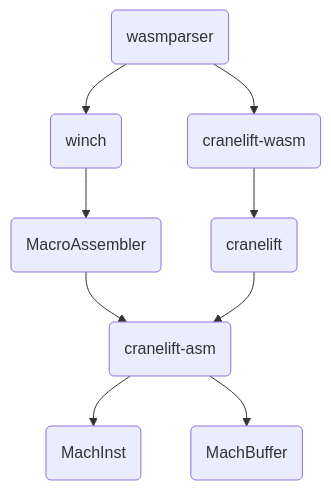
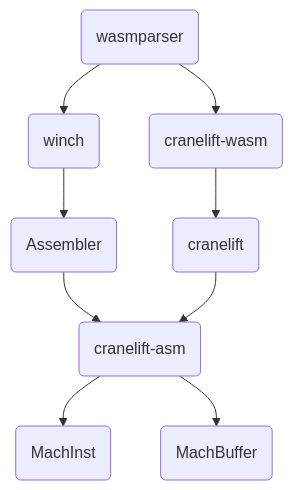
The diagram in accepted/wasmtime-baseline-compilation.md (bytecodealliance/rfcs), drawn with Mermaid before and after one commit. The commit also changed other lines of this file, not shown here.

Commit message:
Explicitly call out `Assembler`

````diff
--- a/accepted/wasmtime-baseline-compilation.md
+++ b/accepted/wasmtime-baseline-compilation.md
@@ -59,11 +59,11 @@
 ```mermaid
   graph TD;
   A(wasmparser)-->B(cranelift-wasm);
   A-->C(winch);
-  C-->D(MacroAssembler);
+  C-->D(Assembler);
   D-->X(cranelift-asm);
   X-->E(MachInst);
   X-->F(MachBuffer);
   B-->G(cranelift);
   G-->X;
 ```
````
